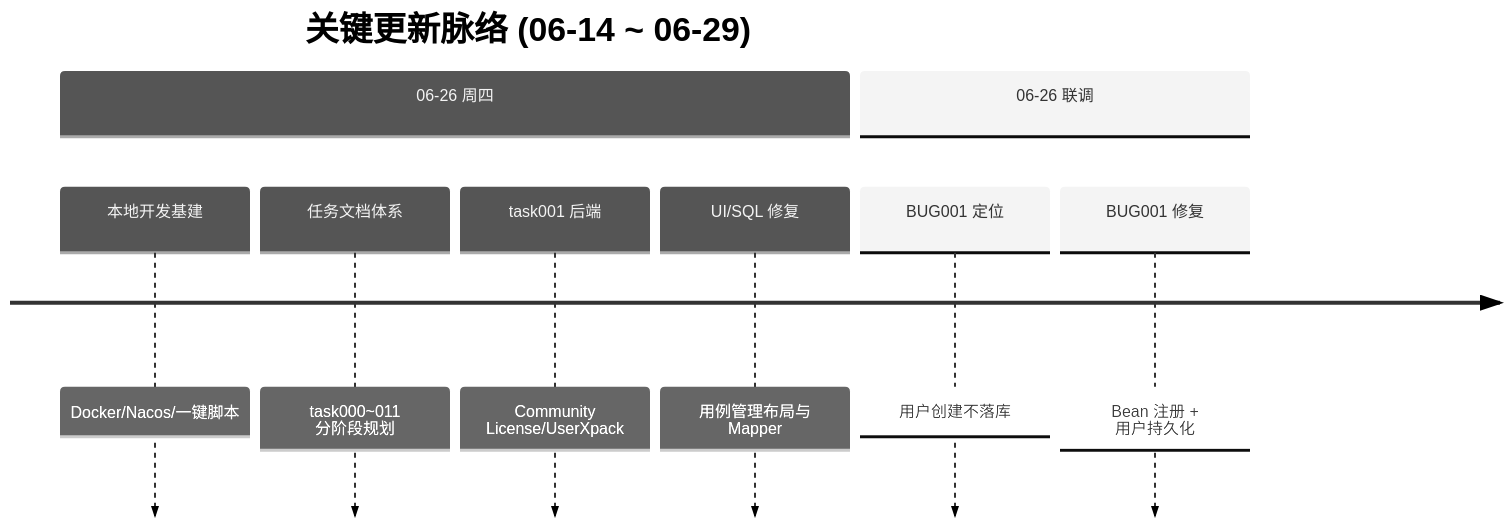
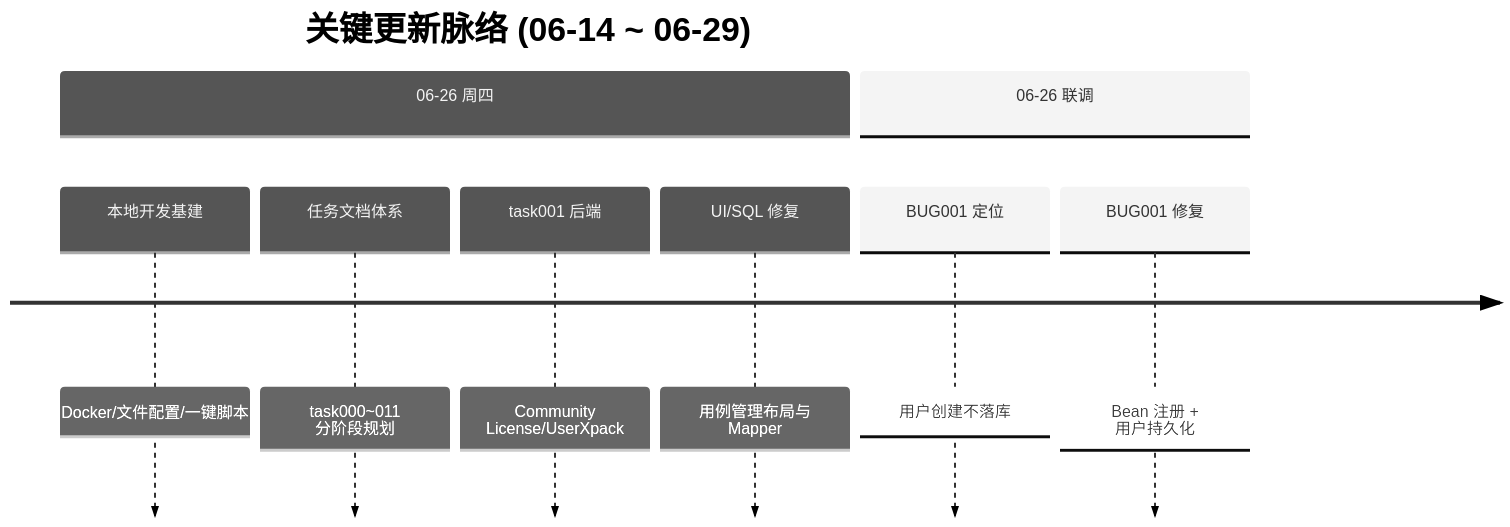
The diagram in doc/report.2026-近半月.md (MiDouTech/metersphere), drawn with Mermaid (neutral theme) before and after one commit. The commit also changed other lines of this file and 43 other files, not shown here.

````diff
--- a/doc/report.2026-近半月.md
+++ b/doc/report.2026-近半月.md
@@ -16,12 +16,12 @@
 ```mermaid
 timeline
     title 关键更新脉络 (06-14 ~ 06-29)
     section 06-26 周四
-      本地开发基建 : Docker/Nacos/一键脚本
+      本地开发基建 : Docker/文件配置/一键脚本
       任务文档体系 : task000~011 分阶段规划
       task001 后端 : Community License/UserXpack
       UI/SQL 修复 : 用例管理布局与 Mapper
     section 06-26 联调
       BUG001 定位 : 用户创建不落库
       BUG001 修复 : Bean 注册 + 用户持久化
 ```
````
